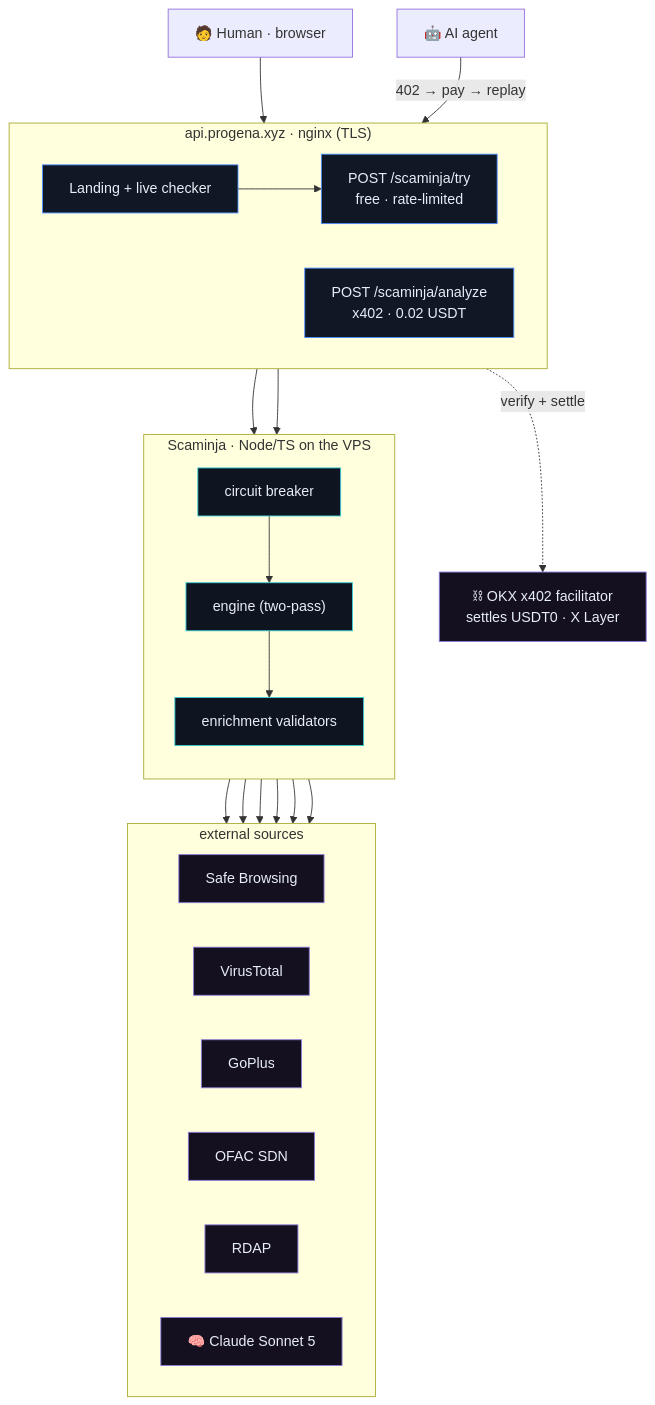
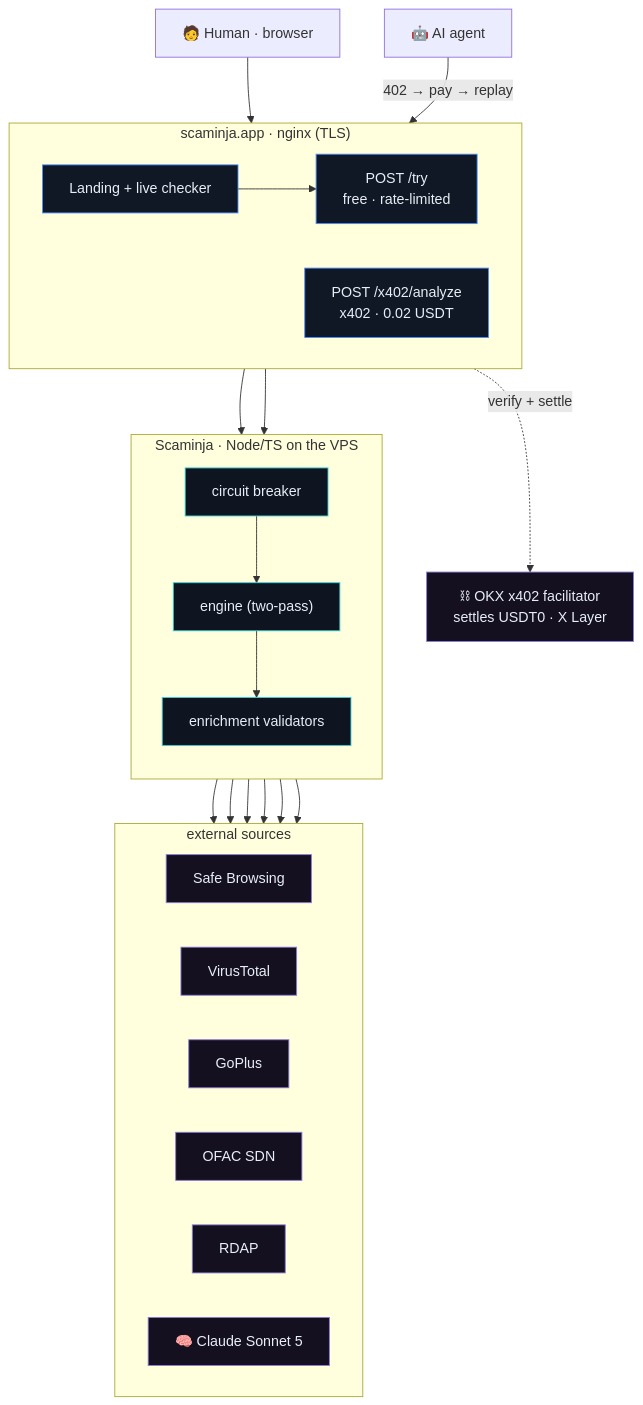
The first of 3 diagrams in README.md (wildanrhmn/scam-shield), drawn with Mermaid before and after one commit. The commit also changed 3 other files, not shown here.

Commit message:
chore: full-bleed box avatar (user-supplied); remove junk --full-page + obsolete Railway/Render deploy files; README -> scaminja.app/x402

````diff
--- a/README.md
+++ b/README.md
@@ -40,47 +40,47 @@
 ```mermaid
 flowchart TB
     H["🧑 Human · browser"]
     AG["🤖 AI agent"]
 
-    subgraph EDGE["api.progena.xyz · nginx (TLS)"]
+    subgraph EDGE["scaminja.app · nginx (TLS)"]
         direction LR
         SITE["Landing + live checker"]
-        TRY["POST /scaminja/try<br/>free · rate-limited"]
-        PAY["POST /scaminja/analyze<br/>x402 · 0.02 USDT"]
+        TRY["POST /try<br/>free · rate-limited"]
+        PAY["POST /x402/analyze<br/>x402 · 0.02 USDT"]
     end
 
     subgraph APP["Scaminja · Node/TS on the VPS"]
         direction TB
         BRK["circuit breaker"]
         ENG["engine (two-pass)"]
         ENR["enrichment validators"]
     end
 
     subgraph SRC["external sources"]
         direction LR
         GSB["Safe Browsing"]
         VT["VirusTotal"]
         GP["GoPlus"]
         OFAC["OFAC SDN"]
         RDAP["RDAP"]
         CL["🧠 Claude Sonnet 5"]
     end
 
     OKXF["⛓ OKX x402 facilitator<br/>settles USDT0 · X Layer"]
 
     H --> SITE --> TRY
     AG -->|"402 → pay → replay"| PAY
     PAY -.->|verify + settle| OKXF
     TRY --> BRK --> ENG
     PAY --> BRK
     ENG --> ENR
     ENR --> GSB & VT & GP & OFAC & RDAP
     ENG --> CL
 
     classDef edge fill:#101826,stroke:#4c8dff,color:#e8eef7
     classDef app fill:#0e1420,stroke:#39d0d8,color:#e8eef7
     classDef src fill:#141020,stroke:#8b7bd8,color:#e8eef7
     class SITE,TRY,PAY edge
     class BRK,ENG,ENR app
     class GSB,VT,GP,OFAC,RDAP,CL,OKXF src
 ```
````
